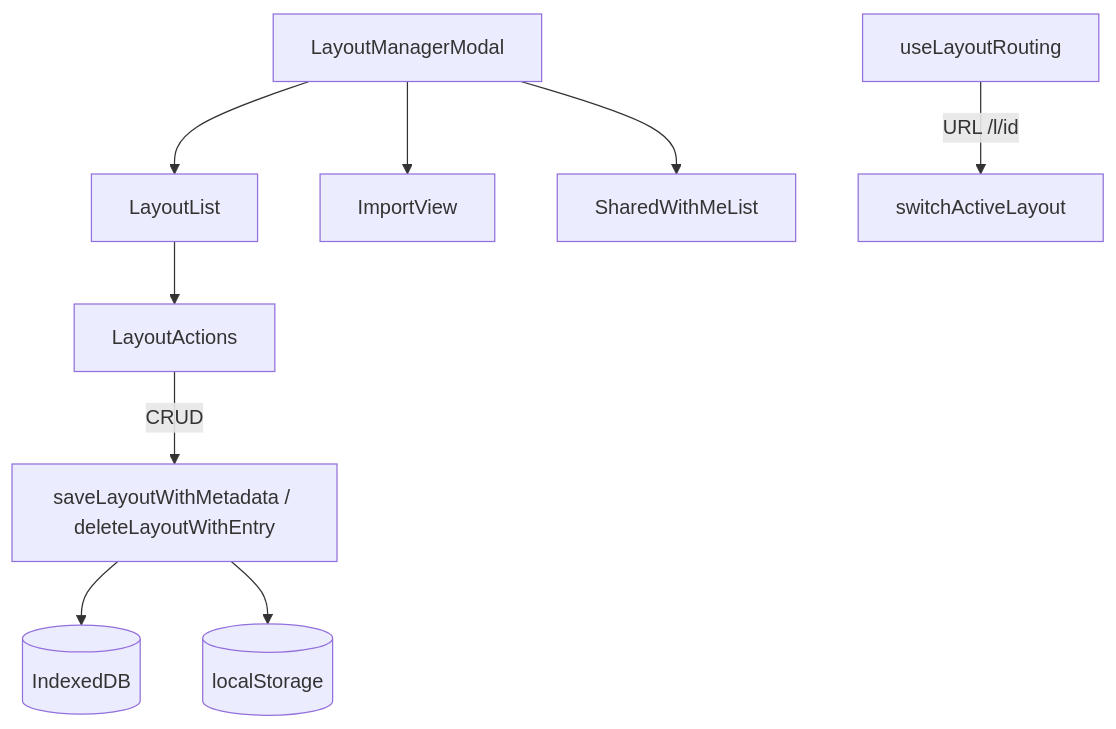
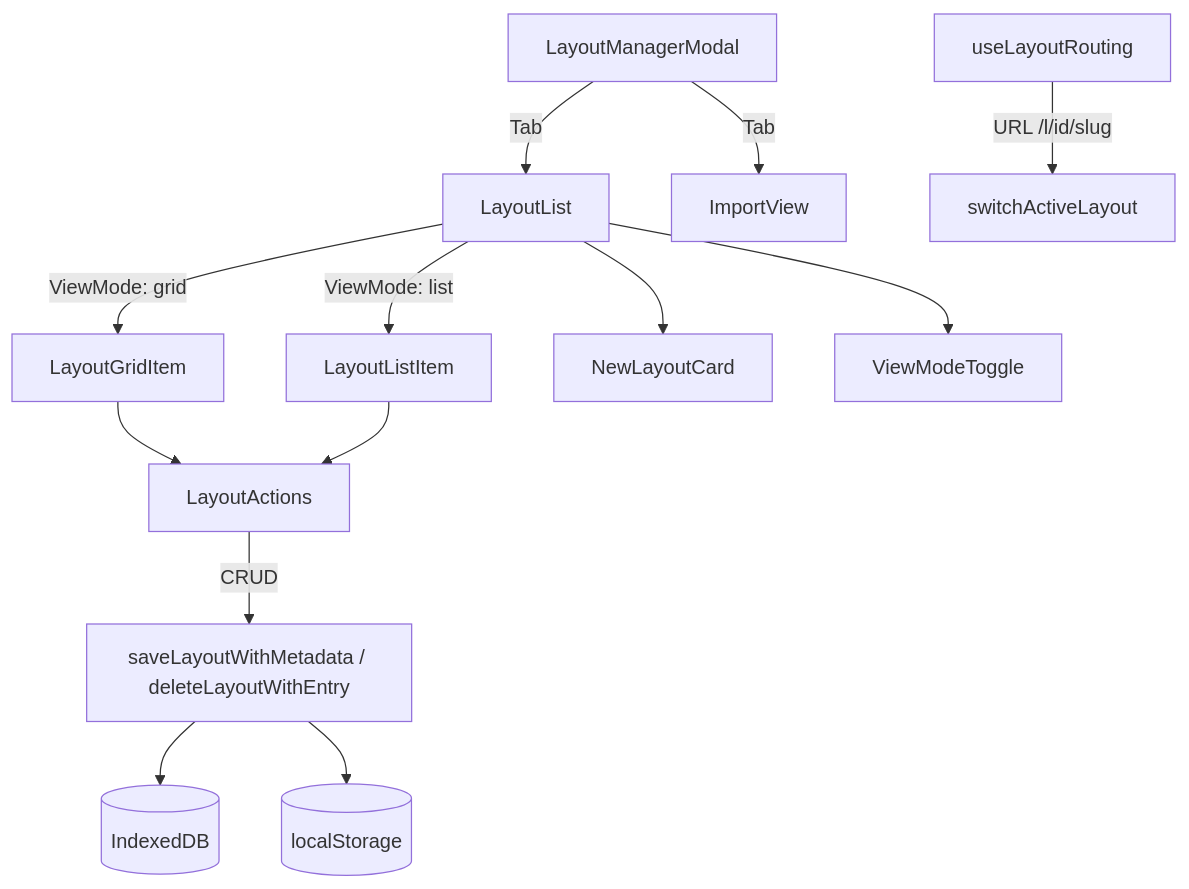
One commit to andymai/gridfinity-layout-tool changed the diagram in src/features/layout-library/README.md. Above: the diagram before and after it, drawn with Mermaid. The commit also changed other lines of this file and 14 other files, not shown here.

````diff
--- a/src/features/layout-library/README.md
+++ b/src/features/layout-library/README.md
@@ -5,8 +5,11 @@
 ```mermaid
 graph TB
-    LMM[LayoutManagerModal] --> LL[LayoutList] & IV[ImportView] & SWM[SharedWithMeList]
-    LL --> LA[LayoutActions]
+    LMM[LayoutManagerModal] -->|Tab| LL[LayoutList] & IV[ImportView]
+    LL -->|ViewMode: grid| LGI[LayoutGridItem]
+    LL -->|ViewMode: list| LLI[LayoutListItem]
+    LL --> NLC[NewLayoutCard] & VMT[ViewModeToggle]
+    LGI & LLI --> LA[LayoutActions]
     LA -->|CRUD| Storage[saveLayoutWithMetadata / deleteLayoutWithEntry]
     Storage --> IDB[(IndexedDB)] & LS[(localStorage)]
-    ULR[useLayoutRouting] -->|URL /l/id| SAL[switchActiveLayout]
+    ULR[useLayoutRouting] -->|URL /l/id/slug| Switch[switchActiveLayout]
 ```
````
